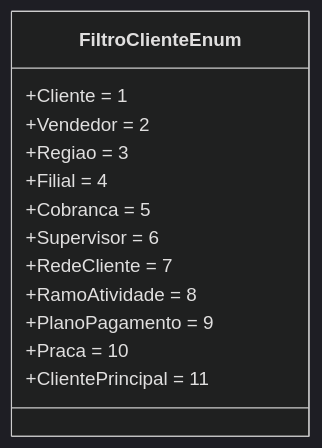
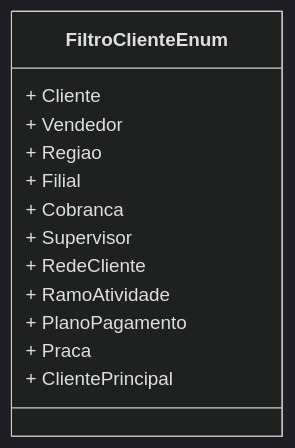
The diagram in docs/b2b-dominio/IsthmusWinthor.Nucleo/IsthmusWinthor.Dominio/Enumeradores/FiltroClienteEnum.md (IsthmusSistemas/documentacao-tecnica), drawn with Mermaid (dark theme) before and after one commit. The commit also changed other lines of this file and 882 other files, not shown here.

````diff
--- a/docs/b2b-dominio/IsthmusWinthor.Nucleo/IsthmusWinthor.Dominio/Enumeradores/FiltroClienteEnum.md
+++ b/docs/b2b-dominio/IsthmusWinthor.Nucleo/IsthmusWinthor.Dominio/Enumeradores/FiltroClienteEnum.md
@@ -21,16 +27,18 @@
 ```mermaid
 classDiagram
     class FiltroClienteEnum {
-        +Cliente = 1
-        +Vendedor = 2
-        +Regiao = 3
-        +Filial = 4
-        +Cobranca = 5
-        +Supervisor = 6
-        +RedeCliente = 7
-        +RamoAtividade = 8
-        +PlanoPagamento = 9
-        +Praca = 10
-        +ClientePrincipal = 11
+        + Cliente
+        + Vendedor
+        + Regiao
+        + Filial
+        + Cobranca
+        + Supervisor
+        + RedeCliente
+        + RamoAtividade
+        + PlanoPagamento
+        + Praca
+        + ClientePrincipal
     }
-```
+
+    %% Nenhum relacionamento adicional definido para este enum
+``` 
````
